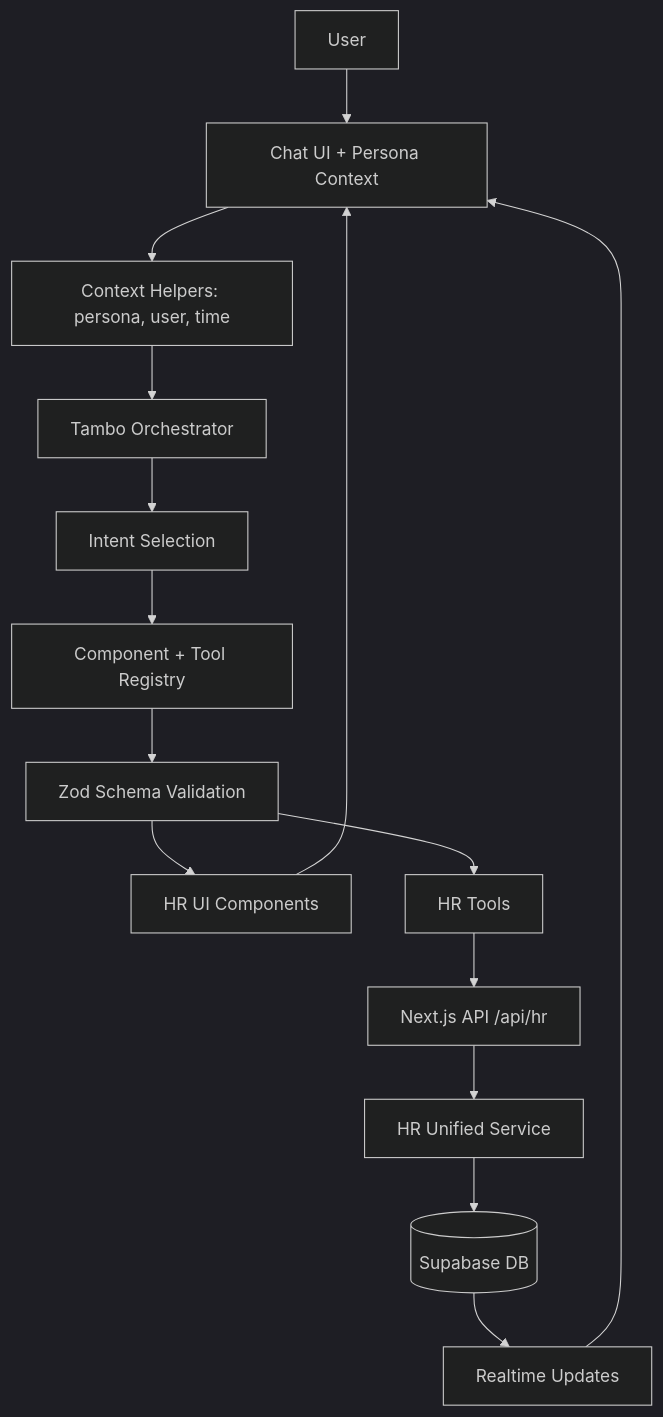
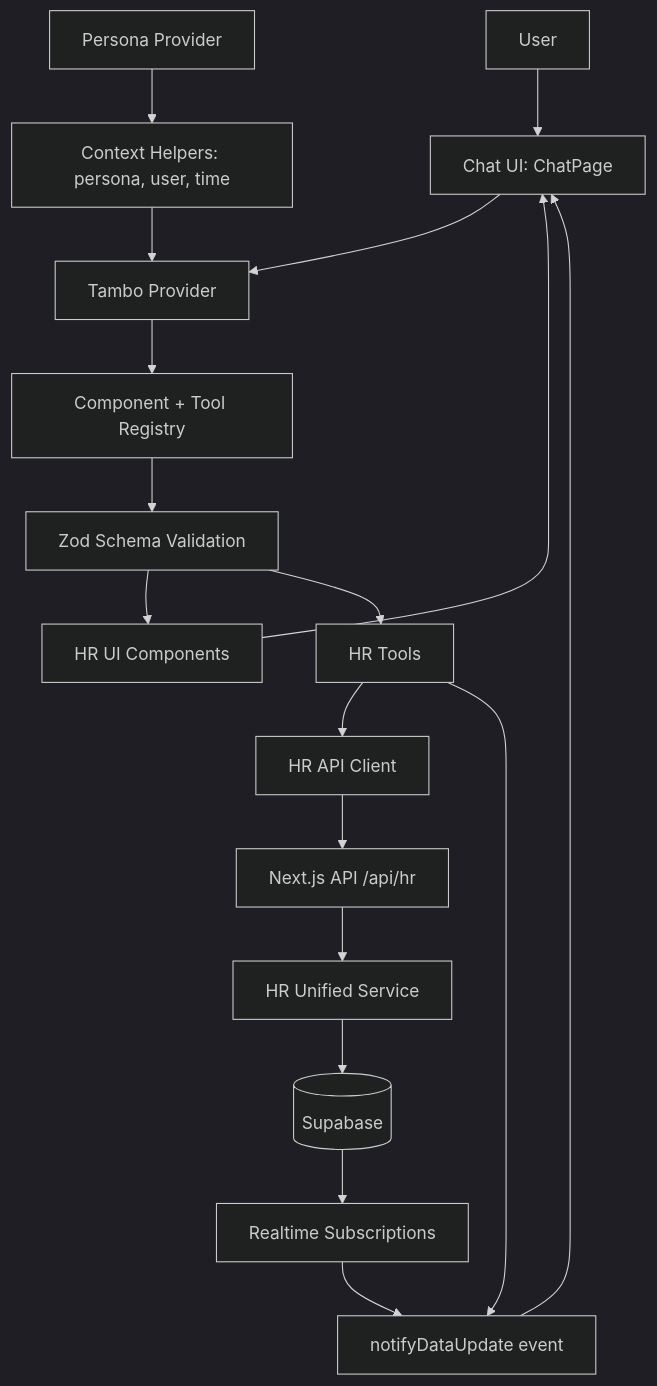
The diagram in README.md (sriharsha8991/chat-tambo), drawn with Mermaid (dark theme) before and after one commit. The commit also changed 23 other files, not shown here.

First line of the commit message:
feat: add useLiveQuery and usePinnedWidgets hooks for real-time data and widget management

````diff
--- a/README.md
+++ b/README.md
@@ -79,17 +79,20 @@
 ```mermaid
 flowchart TD
-  User[User] --> UI[Chat UI + Persona Context]
-    UI --> Context["Context Helpers: persona, user, time"]
-  Context --> Tambo[Tambo Orchestrator]
-  Tambo --> Intent[Intent Selection]
-  Intent --> Registry[Component + Tool Registry]
+  User[User] --> Chat["Chat UI: ChatPage"]
+  Chat --> Tambo[Tambo Provider]
+  Persona[Persona Provider] --> Context["Context Helpers: persona, user, time"]
+  Context --> Tambo
+  Tambo --> Registry[Component + Tool Registry]
   Registry --> Schema[Zod Schema Validation]
   Schema --> Components[HR UI Components]
+  Components --> Chat
   Schema --> Tools[HR Tools]
-  Components --> UI
-  Tools --> Api[Next.js API /api/hr]
+  Tools --> Client[HR API Client]
+  Client --> Api[Next.js API /api/hr]
   Api --> Services[HR Unified Service]
-  Services --> Supabase[(Supabase DB)]
-  Supabase --> Realtime[Realtime Updates]
-  Realtime --> UI
+  Services --> Supabase[(Supabase)]
+  Supabase --> Realtime[Realtime Subscriptions]
+  Realtime --> Events["notifyDataUpdate event"]
+  Events --> Chat
+  Tools --> Events
 ```
````
